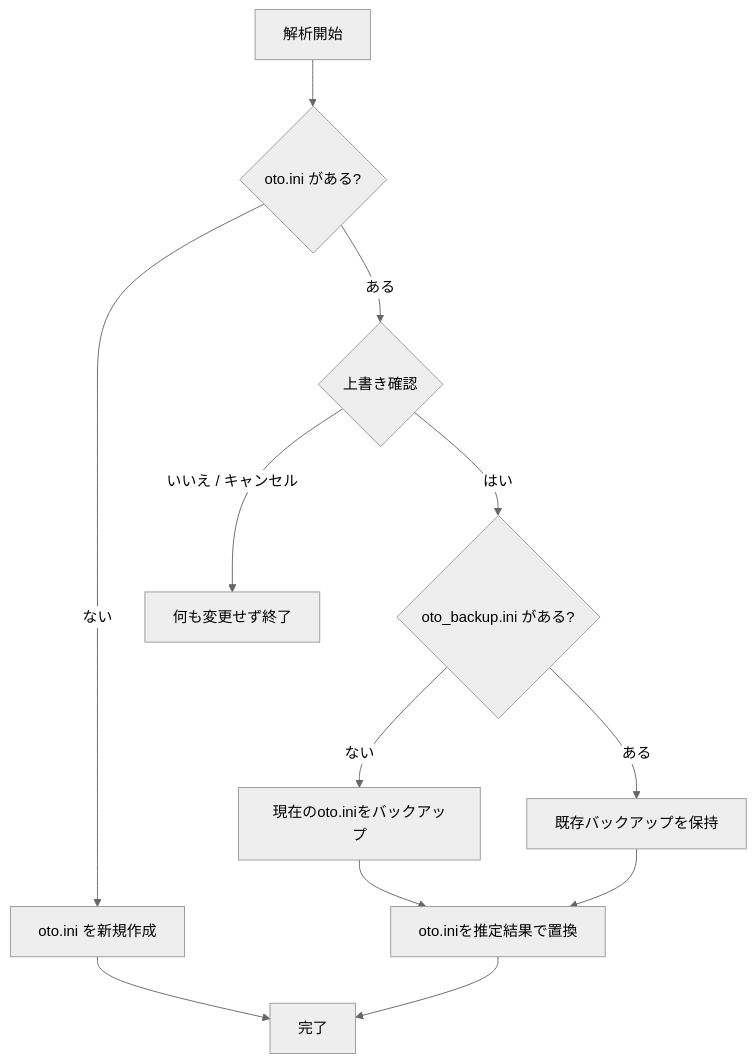
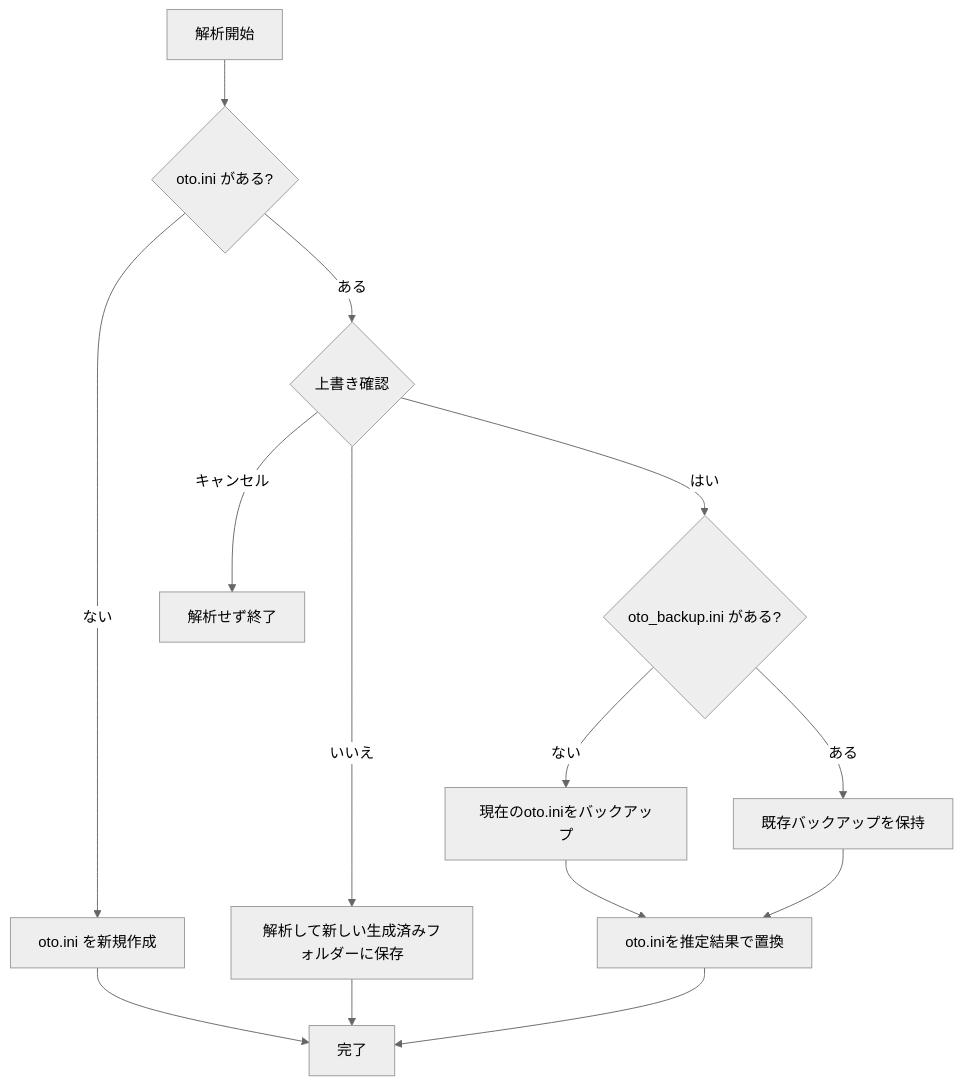
One commit to abschan-dayo/UTAU-Oto-Automation changed the diagram in docs/使い方.md. Above: the diagram before and after it, drawn with Mermaid (neutral theme). The commit also changed other lines of this file and 18 other files, not shown here.

````diff
--- a/docs/使い方.md
+++ b/docs/使い方.md
@@ -27,14 +32,16 @@
 ```mermaid
 flowchart TD
     A[解析開始] --> B{oto.ini がある?}
     B -- ない --> C[oto.ini を新規作成]
     B -- ある --> D{上書き確認}
-    D -- いいえ / キャンセル --> E[何も変更せず終了]
+    D -- キャンセル --> E[解析せず終了]
+    D -- いいえ --> K[解析して新しい生成済みフォルダーに保存]
+    K --> J
     D -- はい --> F{oto_backup.ini がある?}
     F -- ない --> G[現在のoto.iniをバックアップ]
     F -- ある --> H[既存バックアップを保持]
     G --> I[oto.iniを推定結果で置換]
     H --> I
     C --> J[完了]
     I --> J
 ```
````
